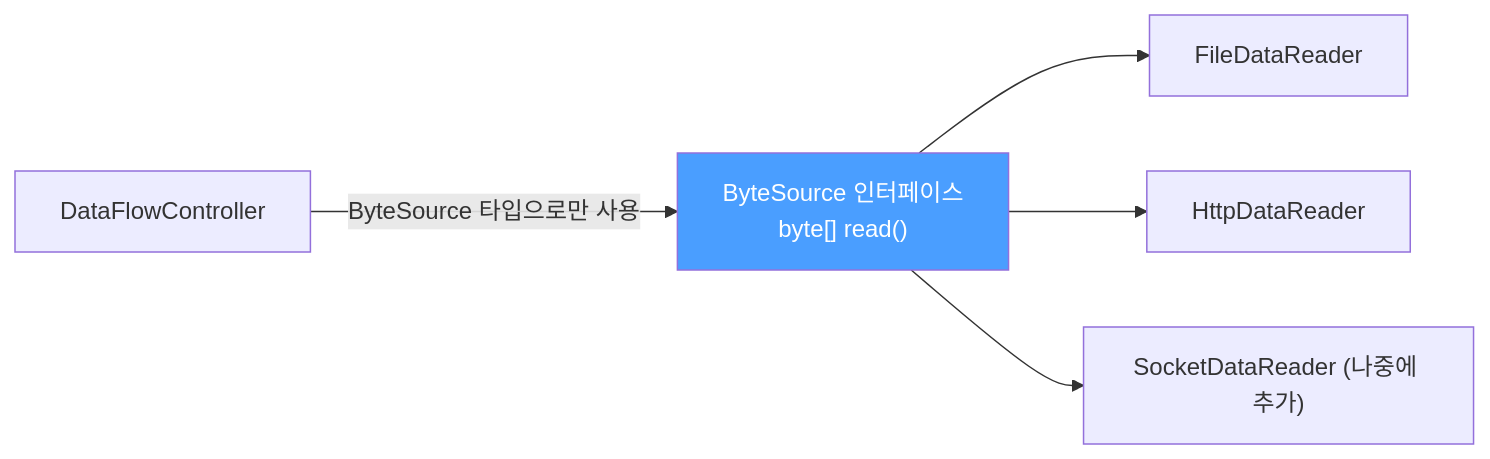
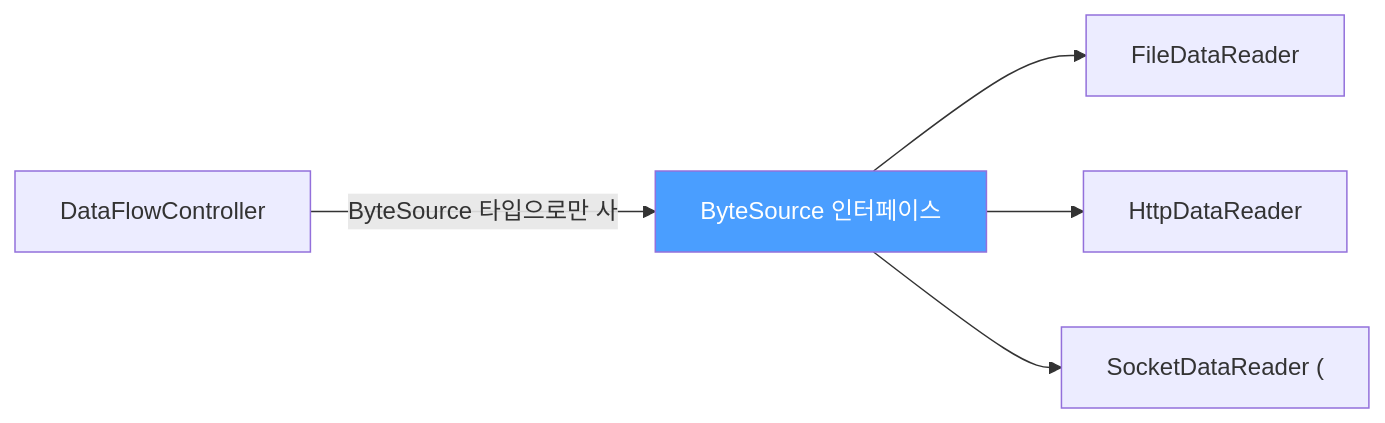
One commit to yjkim2015/yjkim2015.github.io changed the third of 6 diagrams in _posts/java/2021-11-14-java-objects2.md. Above: the diagram before and after it, drawn with Mermaid. The commit also changed other lines of this file and 271 other files, not shown here.

First line of the commit message:
Mermaid 라벨 축소: 긴 노드 텍스트 18자 이하로 트림 + \n 제거

````diff
--- a/_posts/java/2021-11-14-java-objects2.md
+++ b/_posts/java/2021-11-14-java-objects2.md
@@ -101,8 +101,8 @@
 ```mermaid
 graph LR
-    A["ByteSource 인터페이스\nbyte[] read()"] --> B["FileDataReader"]
+    A["ByteSource 인터페이스\n"] --> B["FileDataReader"]
     A --> C["HttpDataReader"]
-    A --> D["SocketDataReader (나중에 추가)"]
-    E["DataFlowController"] -->|"ByteSource 타입으로만 사용"| A
+    A --> D["SocketDataReader ("]
+    E["DataFlowController"] -->|"ByteSource 타입으로만 사"| A
     style A fill:#4a9eff,color:#fff
 ```
````
